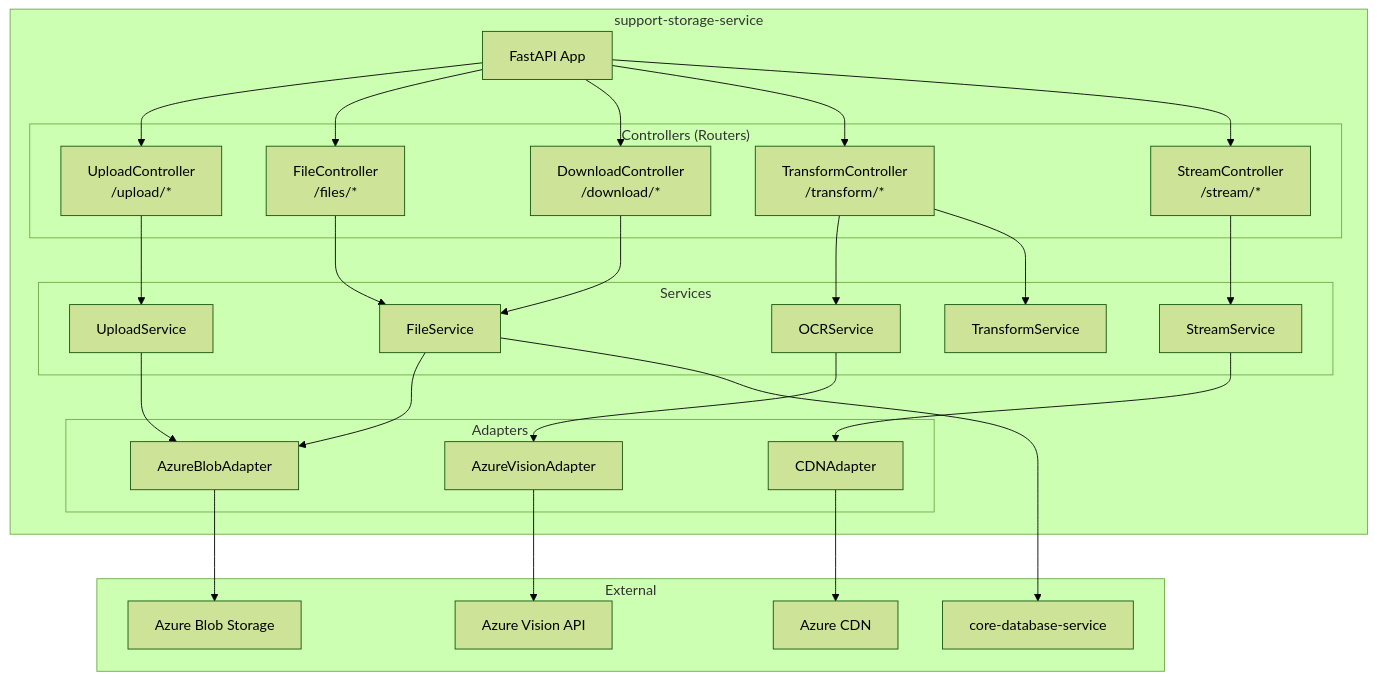
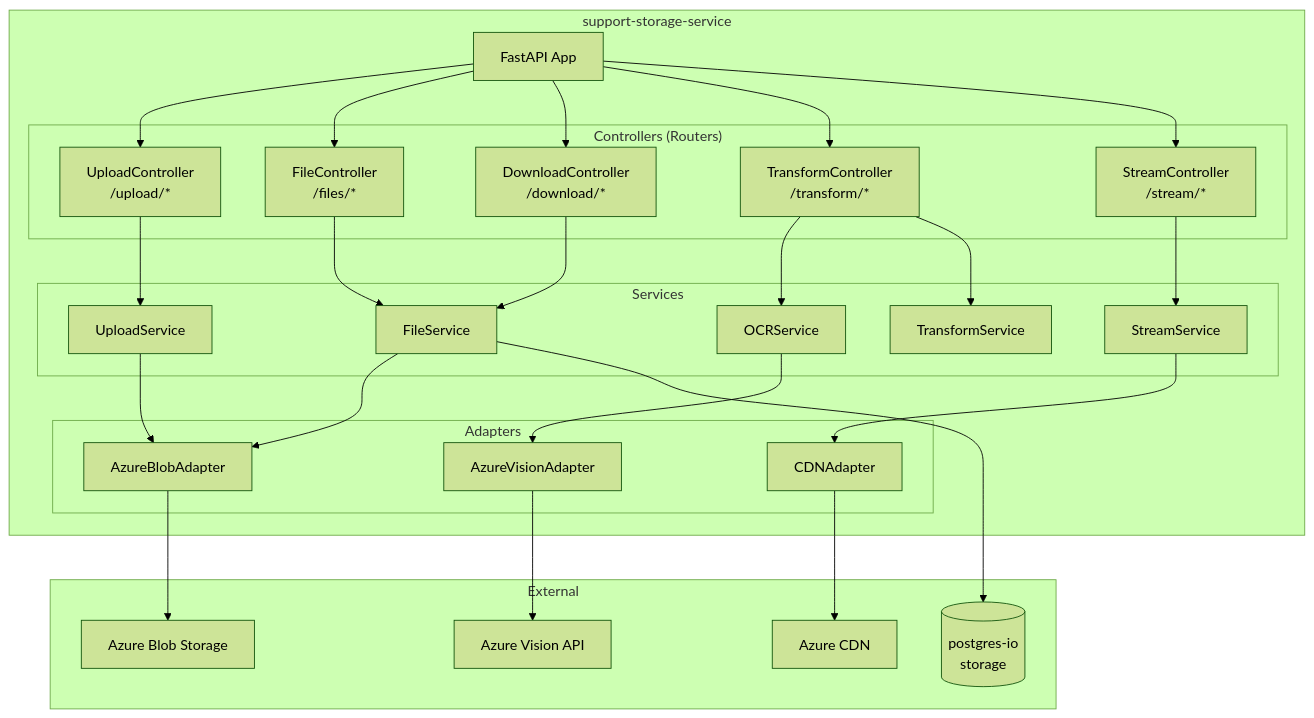
One commit to VisioBook-ESP/docs-architecture changed the first of 6 diagrams in microservices/support-storage-service.md. Above: the diagram before and after it, drawn with Mermaid (forest theme). The commit also changed other lines of this file and 15 other files, not shown here.

````diff
--- a/microservices/support-storage-service.md
+++ b/microservices/support-storage-service.md
@@ -25,59 +25,59 @@
 ```mermaid
 graph TB
     subgraph "support-storage-service"
         API[FastAPI App]
 
         subgraph "Controllers (Routers)"
             UPLOAD[UploadController<br/>/upload/*]
             FILE[FileController<br/>/files/*]
             DOWNLOAD[DownloadController<br/>/download/*]
             TRANSFORM[TransformController<br/>/transform/*]
             STREAM[StreamController<br/>/stream/*]
         end
 
         subgraph "Services"
             UPLOAD_SVC[UploadService]
             FILE_SVC[FileService]
             OCR_SVC[OCRService]
             TRANSFORM_SVC[TransformService]
             STREAM_SVC[StreamService]
         end
 
         subgraph "Adapters"
             BLOB[AzureBlobAdapter]
             VISION[AzureVisionAdapter]
             CDN[CDNAdapter]
         end
     end
 
     subgraph "External"
         AZURE_BLOB[Azure Blob Storage]
         AZURE_VISION[Azure Vision API]
         AZURE_CDN[Azure CDN]
-        DB[core-database-service]
+        PG[(postgres-io<br/>storage)]
     end
 
     API --> UPLOAD
     API --> FILE
     API --> DOWNLOAD
     API --> TRANSFORM
     API --> STREAM
 
     UPLOAD --> UPLOAD_SVC
     FILE --> FILE_SVC
     DOWNLOAD --> FILE_SVC
     TRANSFORM --> OCR_SVC
     TRANSFORM --> TRANSFORM_SVC
     STREAM --> STREAM_SVC
 
     UPLOAD_SVC --> BLOB
     FILE_SVC --> BLOB
     OCR_SVC --> VISION
     STREAM_SVC --> CDN
 
     BLOB --> AZURE_BLOB
     VISION --> AZURE_VISION
     CDN --> AZURE_CDN
 
-    FILE_SVC --> DB
+    FILE_SVC --> PG
 ```
````
